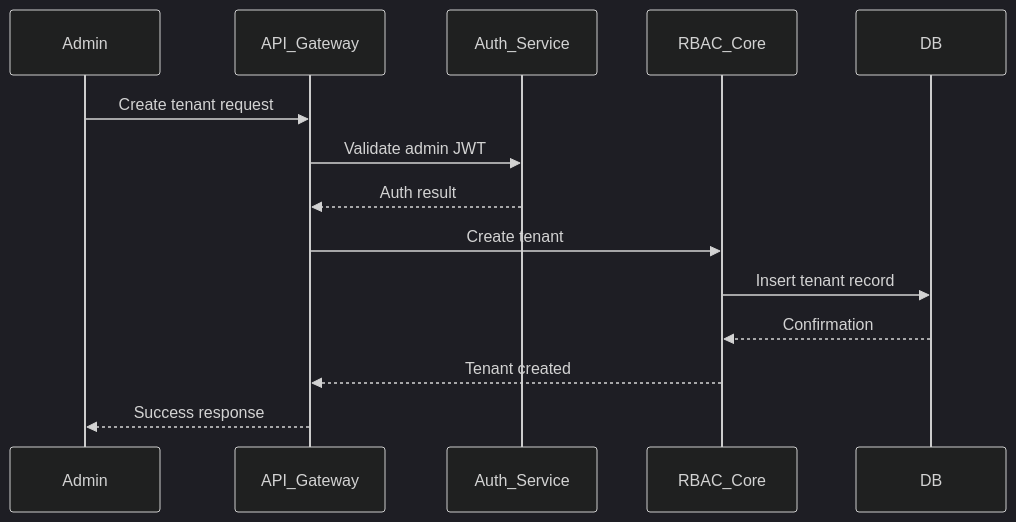
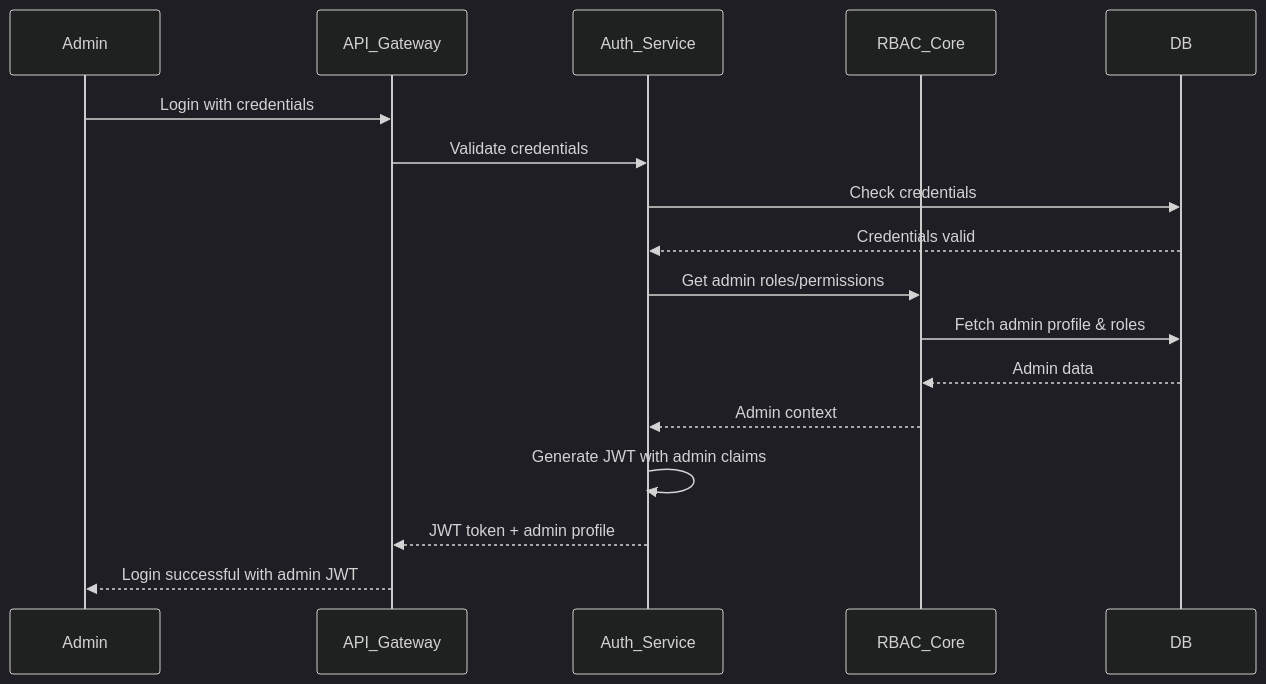
One commit to kushal45/RBACAWS changed the third of 12 diagrams in docs/DETAILED_ARCHITECTURE.md. Above: the diagram before and after it, drawn with Mermaid (dark theme). The commit also changed other lines of this file and 32 other files, not shown here.

````diff
--- a/docs/DETAILED_ARCHITECTURE.md
+++ b/docs/DETAILED_ARCHITECTURE.md
@@ -44,17 +352,20 @@
 ```mermaid
 sequenceDiagram
   participant Admin
   participant API_Gateway
   participant Auth_Service
   participant RBAC_Core
   participant DB
 
-  Admin->>API_Gateway: Create tenant request
-  API_Gateway->>Auth_Service: Validate admin JWT
-  Auth_Service-->>API_Gateway: Auth result
-  API_Gateway->>RBAC_Core: Create tenant
-  RBAC_Core->>DB: Insert tenant record
-  DB-->>RBAC_Core: Confirmation
-  RBAC_Core-->>API_Gateway: Tenant created
-  API_Gateway-->>Admin: Success response
+  Admin->>API_Gateway: Login with credentials
+  API_Gateway->>Auth_Service: Validate credentials
+  Auth_Service->>DB: Check credentials
+  DB-->>Auth_Service: Credentials valid
+  Auth_Service->>RBAC_Core: Get admin roles/permissions
+  RBAC_Core->>DB: Fetch admin profile & roles
+  DB-->>RBAC_Core: Admin data
+  RBAC_Core-->>Auth_Service: Admin context
+  Auth_Service->>Auth_Service: Generate JWT with admin claims
+  Auth_Service-->>API_Gateway: JWT token + admin profile
+  API_Gateway-->>Admin: Login successful with admin JWT
 ```
````
